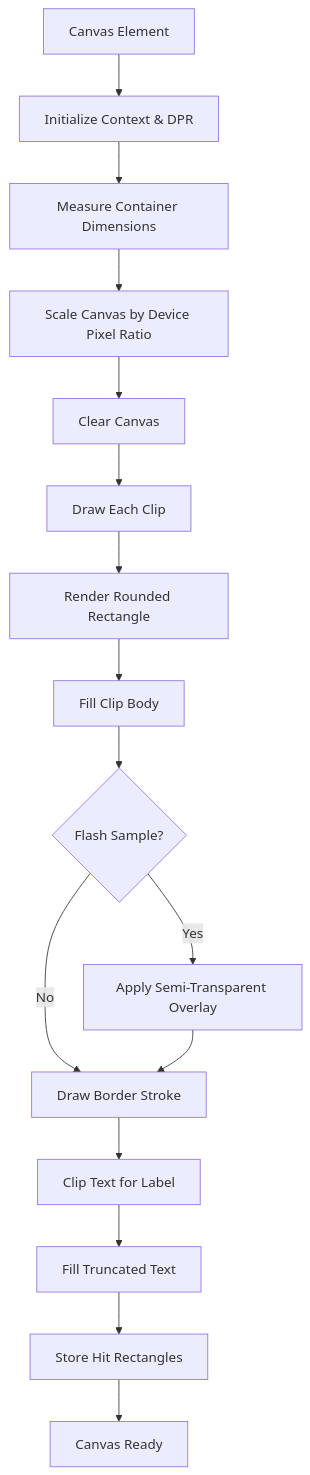
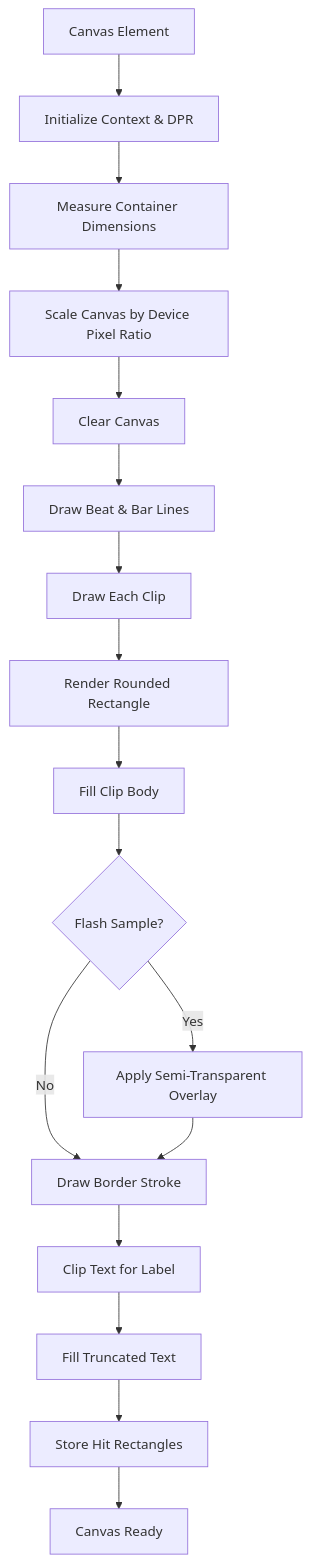
The fifth of 7 diagrams in .qoder/repowiki/en/content/Core Components/UI Components.md (satyrlord/mixjam-electron), drawn with Mermaid before and after one commit. The commit also changed other lines of this file and 45 other files, not shown here.

````diff
--- a/.qoder/repowiki/en/content/Core Components/UI Components.md
+++ b/.qoder/repowiki/en/content/Core Components/UI Components.md
@@ -312,18 +319,19 @@
 ```mermaid
 flowchart TD
 Canvas["Canvas Element"] --> Init["Initialize Context & DPR"]
 Init --> Measure["Measure Container Dimensions"]
 Measure --> Scale["Scale Canvas by Device Pixel Ratio"]
 Scale --> Clear["Clear Canvas"]
-Clear --> DrawLoop["Draw Each Clip"]
+Clear --> Grid["Draw Beat & Bar Lines"]
+Grid --> DrawLoop["Draw Each Clip"]
 DrawLoop --> RoundRect["Render Rounded Rectangle"]
 RoundRect --> FillBody["Fill Clip Body"]
 FillBody --> FlashCheck{"Flash Sample?"}
 FlashCheck --> |Yes| FlashOverlay["Apply Semi-Transparent Overlay"]
 FlashCheck --> |No| BorderStroke["Draw Border Stroke"]
 FlashOverlay --> BorderStroke
 BorderStroke --> TextClip["Clip Text for Label"]
 TextClip --> FillText["Fill Truncated Text"]
 FillText --> StoreHit["Store Hit Rectangles"]
 StoreHit --> End["Canvas Ready"]
 ```
````
